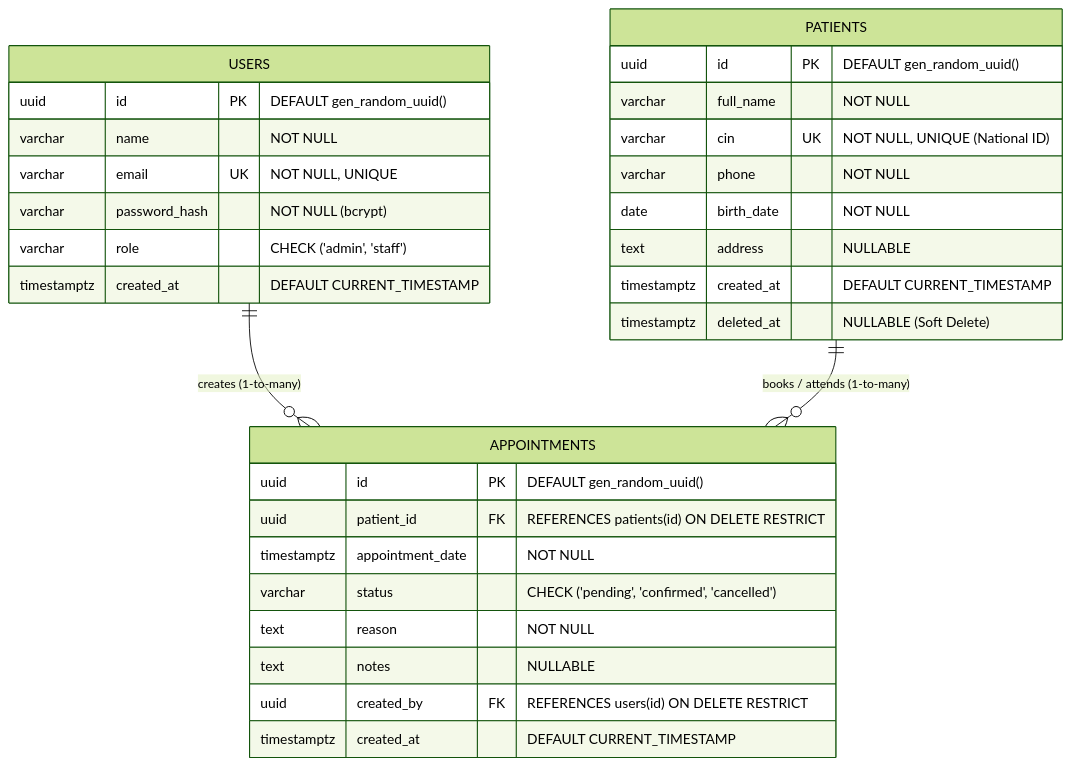
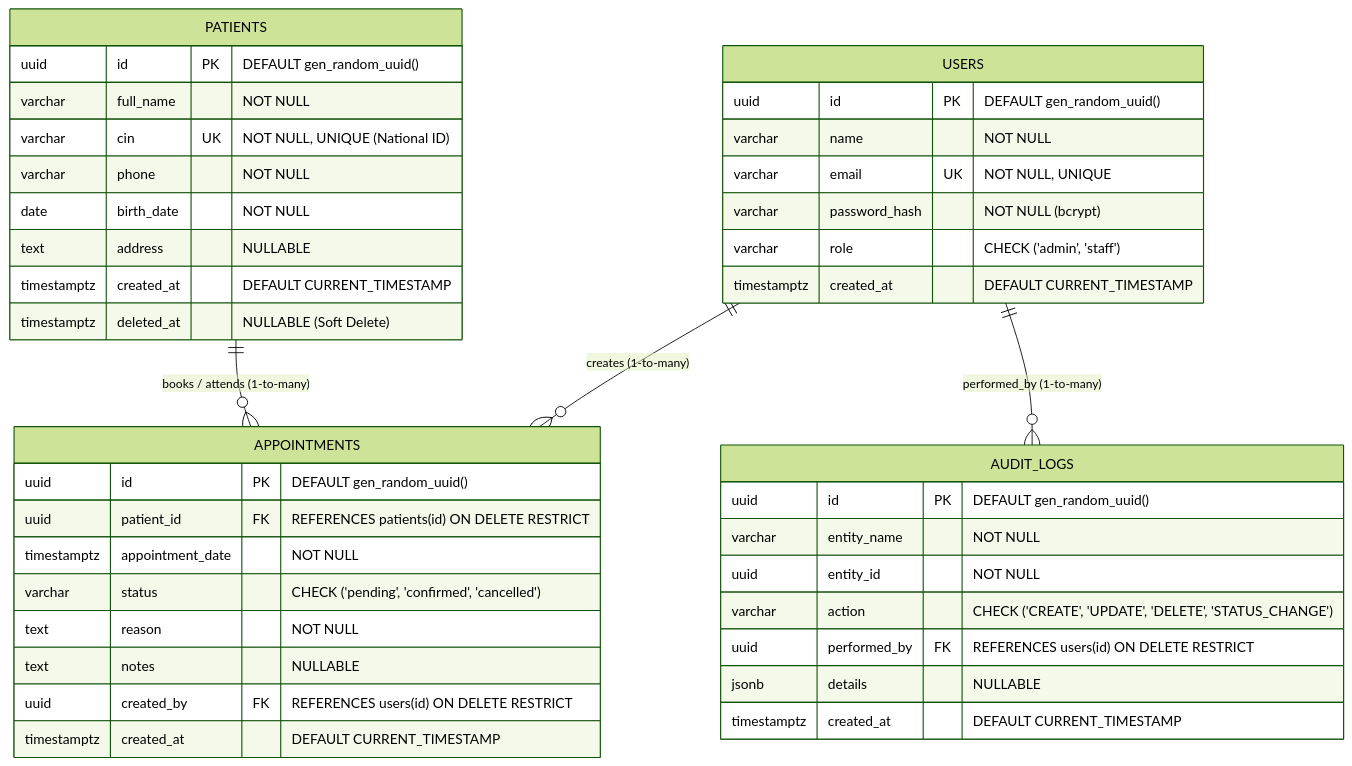
One commit to ilmahdi/tython_technical_test changed the diagram in DATABASE_DESIGN.md. Above: the diagram before and after it, drawn with Mermaid (forest theme). The commit also changed other lines of this file and 1 other file, not shown here.

Commit message:
docs(database): add 1-1 relationship justification and audit log bonus schema

````diff
--- a/DATABASE_DESIGN.md
+++ b/DATABASE_DESIGN.md
@@ -12,36 +12,48 @@
 ```mermaid
 erDiagram
     USERS ||--o{ APPOINTMENTS : "creates (1-to-many)"
     PATIENTS ||--o{ APPOINTMENTS : "books / attends (1-to-many)"
+
+    USERS ||--o{ AUDIT_LOGS : "performed_by (1-to-many)"
 
     USERS {
         uuid id PK "DEFAULT gen_random_uuid()"
         varchar name "NOT NULL"
         varchar email UK "NOT NULL, UNIQUE"
         varchar password_hash "NOT NULL (bcrypt)"
         varchar role "CHECK ('admin', 'staff')"
         timestamptz created_at "DEFAULT CURRENT_TIMESTAMP"
     }
 
     PATIENTS {
         uuid id PK "DEFAULT gen_random_uuid()"
         varchar full_name "NOT NULL"
         varchar cin UK "NOT NULL, UNIQUE (National ID)"
         varchar phone "NOT NULL"
         date birth_date "NOT NULL"
         text address "NULLABLE"
         timestamptz created_at "DEFAULT CURRENT_TIMESTAMP"
         timestamptz deleted_at "NULLABLE (Soft Delete)"
     }
 
     APPOINTMENTS {
         uuid id PK "DEFAULT gen_random_uuid()"
         uuid patient_id FK "REFERENCES patients(id) ON DELETE RESTRICT"
         timestamptz appointment_date "NOT NULL"
         varchar status "CHECK ('pending', 'confirmed', 'cancelled')"
         text reason "NOT NULL"
         text notes "NULLABLE"
         uuid created_by FK "REFERENCES users(id) ON DELETE RESTRICT"
         timestamptz created_at "DEFAULT CURRENT_TIMESTAMP"
     }
+
+    AUDIT_LOGS {
+        uuid id PK "DEFAULT gen_random_uuid()"
+        varchar entity_name "NOT NULL"
+        uuid entity_id "NOT NULL"
+        varchar action "CHECK ('CREATE', 'UPDATE', 'DELETE', 'STATUS_CHANGE')"
+        uuid performed_by FK "REFERENCES users(id) ON DELETE RESTRICT"
+        jsonb details "NULLABLE"
+        timestamptz created_at "DEFAULT CURRENT_TIMESTAMP"
+    }
 ```
````
